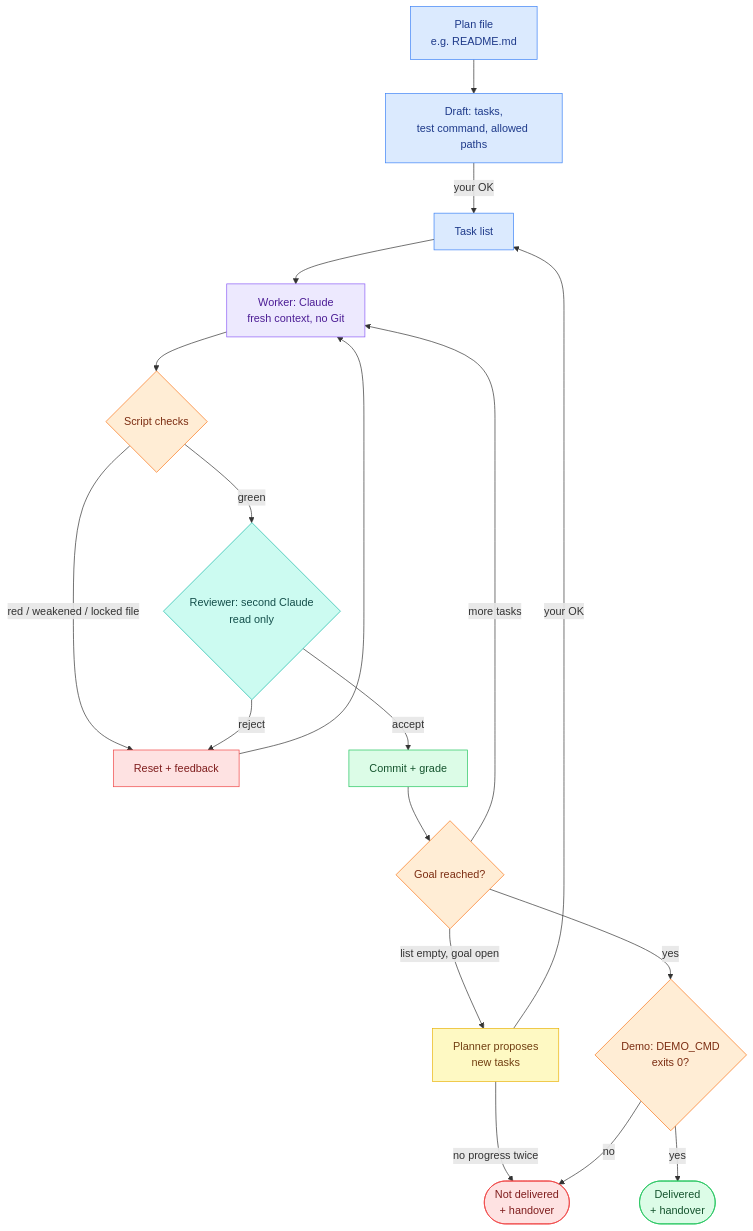
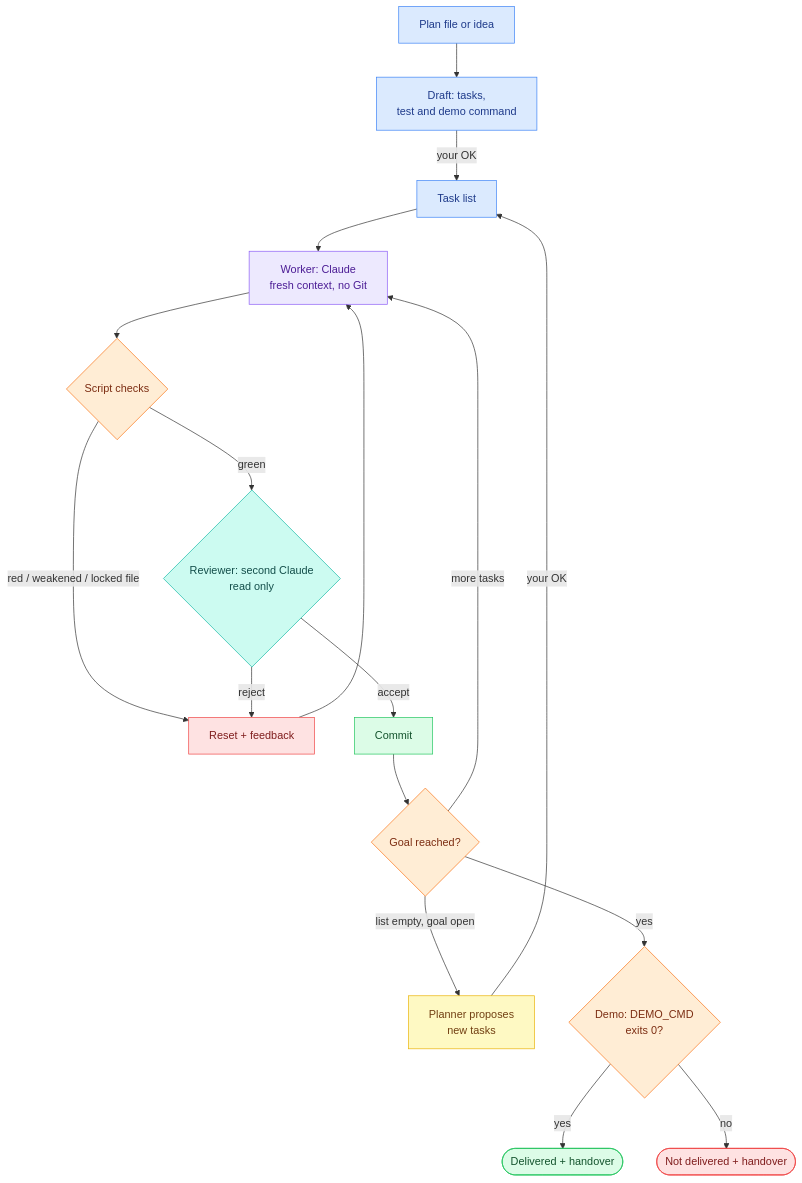
One commit to PlatinBit/autopilot-loop changed the diagram in README.md. Above: the diagram before and after it, drawn with Mermaid. The commit also changed other lines of this file and 25 other files, not shown here.

````diff
--- a/README.md
+++ b/README.md
@@ -40,35 +25,34 @@
 ```mermaid
 flowchart TD
-    P[Plan file<br/>e.g. README.md] --> D[Draft: tasks,<br/>test command, allowed paths]
+    P[Plan file or idea] --> D[Draft: tasks,<br/>test and demo command]
     D -- your OK --> T[Task list]
     T --> W[Worker: Claude<br/>fresh context, no Git]
     W --> S{Script checks}
     S -- red / weakened / locked file --> R[Reset + feedback]
     S -- green --> V{Reviewer: second Claude<br/>read only}
     V -- reject --> R
-    V -- accept --> C[Commit + grade]
+    V -- accept --> C[Commit]
     R --> W
     C --> G{Goal reached?}
     G -- more tasks --> W
     G -- list empty, goal open --> PL[Planner proposes<br/>new tasks]
     PL -- your OK --> T
-    PL -- no progress twice --> N([Not delivered<br/>+ handover])
     G -- yes --> M{Demo: DEMO_CMD<br/>exits 0?}
-    M -- yes --> E([Delivered<br/>+ handover])
-    M -- no --> N
+    M -- yes --> E([Delivered + handover])
+    M -- no --> N([Not delivered + handover])
 
     classDef plan fill:#dbeafe,stroke:#3b82f6,color:#1e3a8a
     classDef worker fill:#ede9fe,stroke:#8b5cf6,color:#4c1d95
     classDef check fill:#ffedd5,stroke:#f97316,color:#7c2d12
     classDef reviewer fill:#ccfbf1,stroke:#14b8a6,color:#134e4a
     classDef commit fill:#dcfce7,stroke:#22c55e,color:#14532d
     classDef reject fill:#fee2e2,stroke:#ef4444,color:#7f1d1d
     classDef planner fill:#fef9c3,stroke:#eab308,color:#713f12
     class P,D,T plan
     class W worker
     class S,G,M check
     class V reviewer
     class C,E commit
     class R,N reject
     class PL planner
 ```
````
